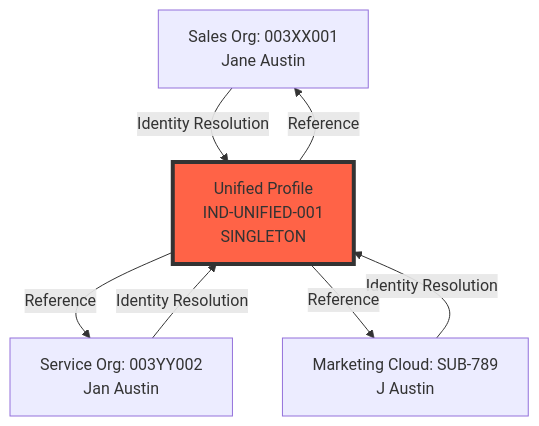
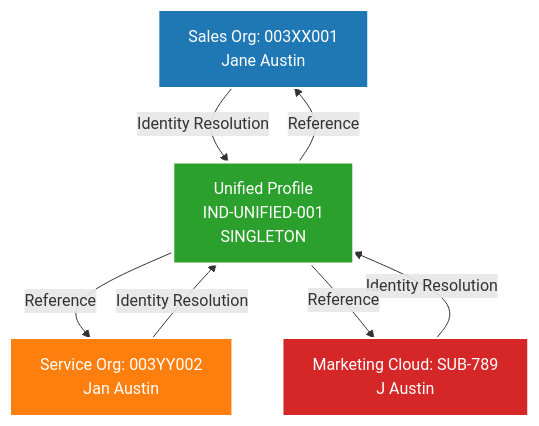
Diagram 11 of 20 in README_DataCloud_Patterns_Data_Examples.md (arupsarkar-sfdc/Misc), drawn with Mermaid before and after one commit. The commit also changed other lines of this file and 1 other file, not shown here.

````diff
--- a/README_DataCloud_Patterns_Data_Examples.md
+++ b/README_DataCloud_Patterns_Data_Examples.md
@@ -1407,14 +3006,17 @@
 ```mermaid
 graph TB
     R1[Sales Org: 003XX001<br/>Jane Austin] -->|Identity Resolution| UP
     R2[Service Org: 003YY002<br/>Jan Austin] -->|Identity Resolution| UP
     R3[Marketing Cloud: SUB-789<br/>J Austin] -->|Identity Resolution| UP
     
     UP[Unified Profile<br/>IND-UNIFIED-001<br/>SINGLETON]
     
     UP -->|Reference| R1
     UP -->|Reference| R2
     UP -->|Reference| R3
     
-    style UP fill:#FF6347,stroke:#333,stroke-width:4px
+    style UP fill:#2ca02c,stroke:#ffffff,stroke-width:3px,color:#ffffff
+    style R1 fill:#1f77b4,stroke:#ffffff,stroke-width:2px,color:#ffffff
+    style R2 fill:#ff7f0e,stroke:#ffffff,stroke-width:2px,color:#ffffff
+    style R3 fill:#d62728,stroke:#ffffff,stroke-width:2px,color:#ffffff
 ```
````
